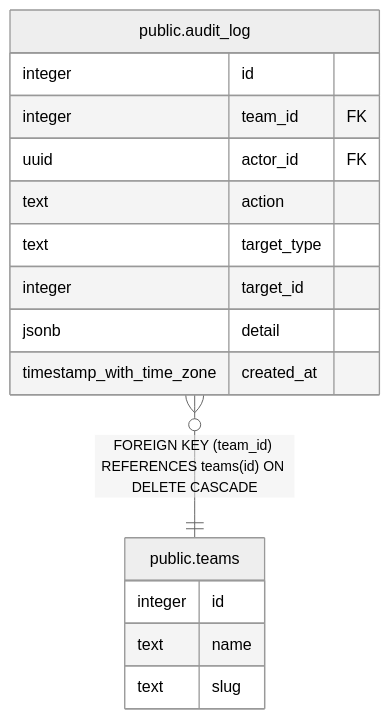
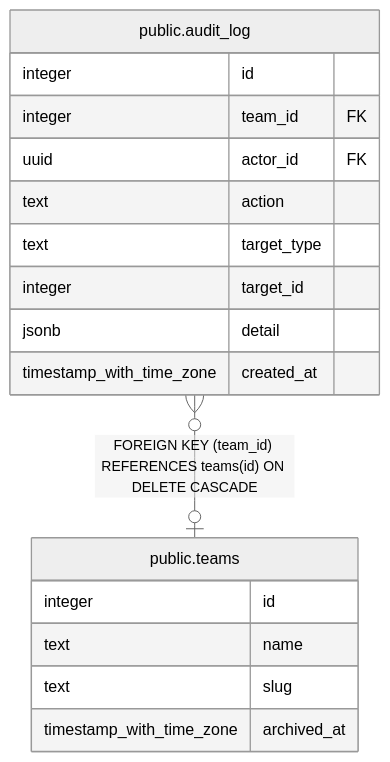
One commit to katogaming88/WGA-Raid-Hub changed the diagram in dbdoc/public.audit_log.md. Above: the diagram before and after it, drawn with Mermaid (neutral theme). The commit also changed other lines of this file and 25 other files, not shown here.

````diff
--- a/dbdoc/public.audit_log.md
+++ b/dbdoc/public.audit_log.md
@@ -32,21 +32,22 @@
 ```mermaid
 erDiagram
 
-"public.audit_log" }o--|| "public.teams" : "FOREIGN KEY (team_id) REFERENCES teams(id) ON DELETE CASCADE"
+"public.audit_log" }o--o| "public.teams" : "FOREIGN KEY (team_id) REFERENCES teams(id) ON DELETE CASCADE"
 
 "public.audit_log" {
   integer id
   integer team_id FK
   uuid actor_id FK
   text action
   text target_type
   integer target_id
   jsonb detail
   timestamp_with_time_zone created_at
 }
 "public.teams" {
   integer id
   text name
   text slug
+  timestamp_with_time_zone archived_at
 }
 ```
````
